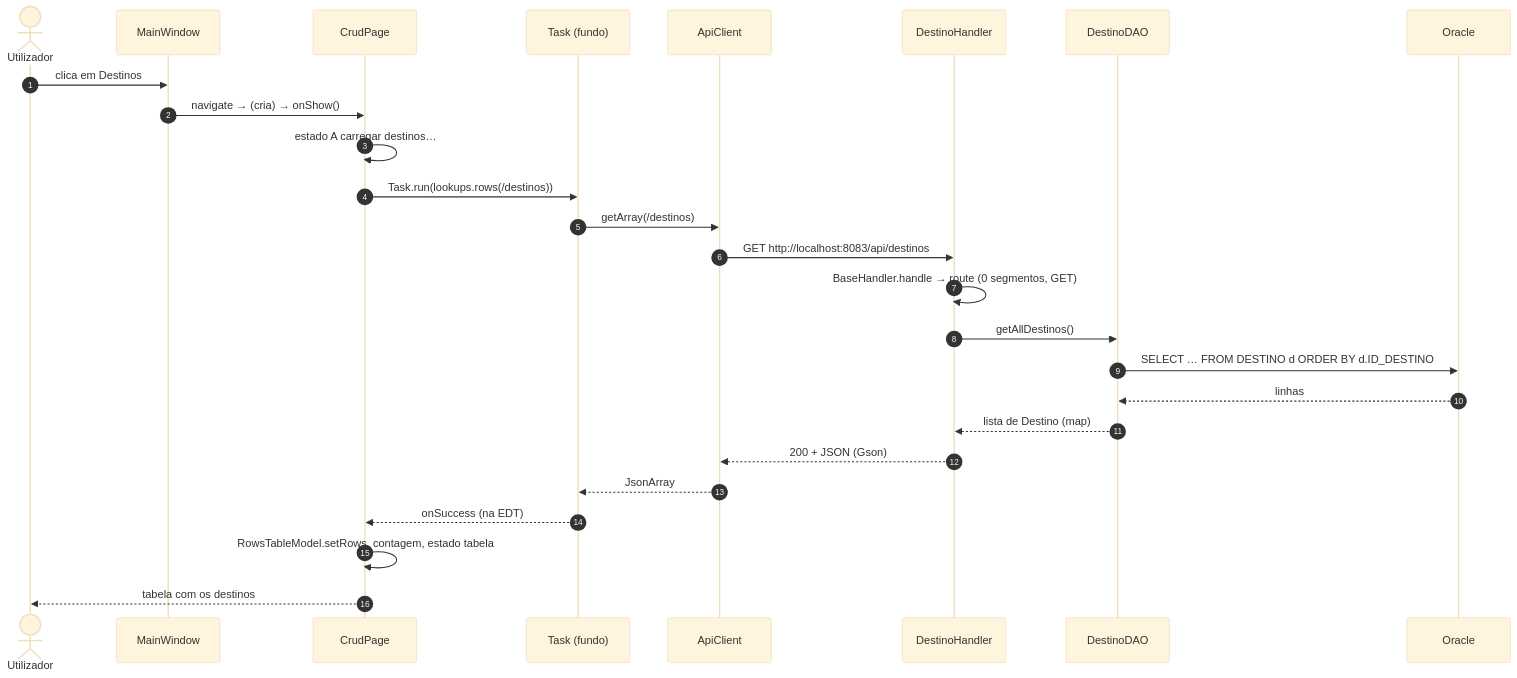
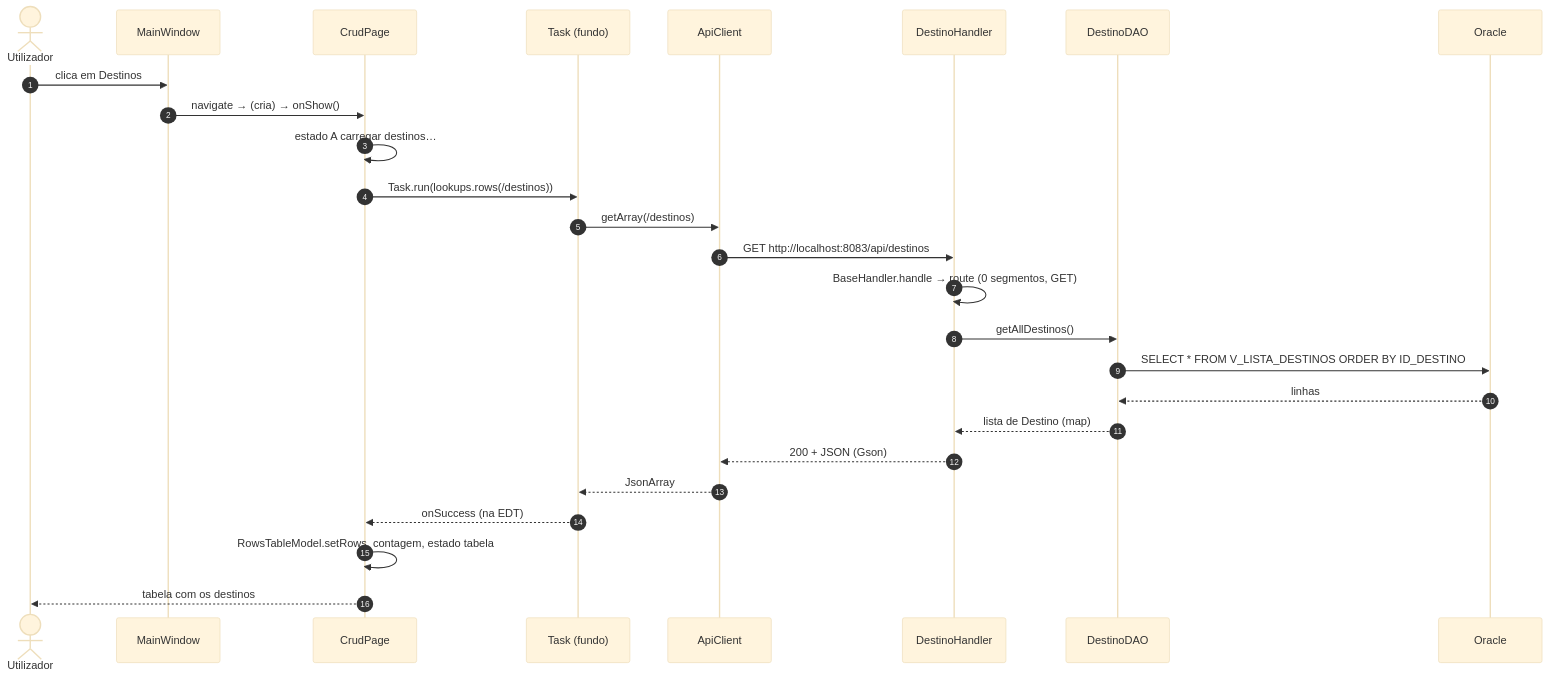
One commit to devyosef07/Trabalho_Gestao_Turismo changed diagram 12 of 19 in documents/README.md. Above: the diagram before and after it, drawn with Mermaid (base theme). The commit also changed other lines of this file and 89 other files, not shown here.

````diff
--- a/documents/README.md
+++ b/documents/README.md
@@ -2275,29 +2434,29 @@
 ```mermaid
 sequenceDiagram
     autonumber
     actor U as Utilizador
     participant W as MainWindow
     participant P as CrudPage
     participant T as Task (fundo)
     participant AC as ApiClient
     participant H as DestinoHandler
     participant DAO as DestinoDAO
     participant DB as Oracle
 
     U->>W: clica em Destinos
     W->>P: navigate → (cria) → onShow()
     P->>P: estado A carregar destinos…
     P->>T: Task.run(lookups.rows(/destinos))
     T->>AC: getArray(/destinos)
     AC->>H: GET http://localhost:8083/api/destinos
     H->>H: BaseHandler.handle → route (0 segmentos, GET)
     H->>DAO: getAllDestinos()
-    DAO->>DB: SELECT … FROM DESTINO d ORDER BY d.ID_DESTINO
+    DAO->>DB: SELECT * FROM V_LISTA_DESTINOS ORDER BY ID_DESTINO
     DB-->>DAO: linhas
     DAO-->>H: lista de Destino (map)
     H-->>AC: 200 + JSON (Gson)
     AC-->>T: JsonArray
     T-->>P: onSuccess (na EDT)
     P->>P: RowsTableModel.setRows, contagem, estado tabela
     P-->>U: tabela com os destinos
 ```
````
